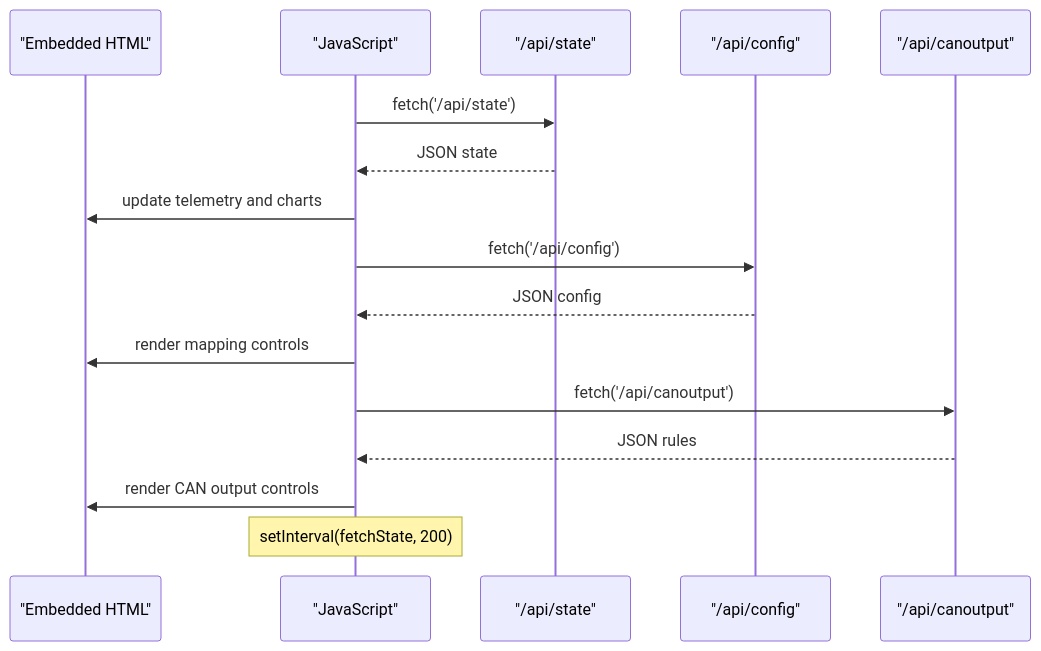
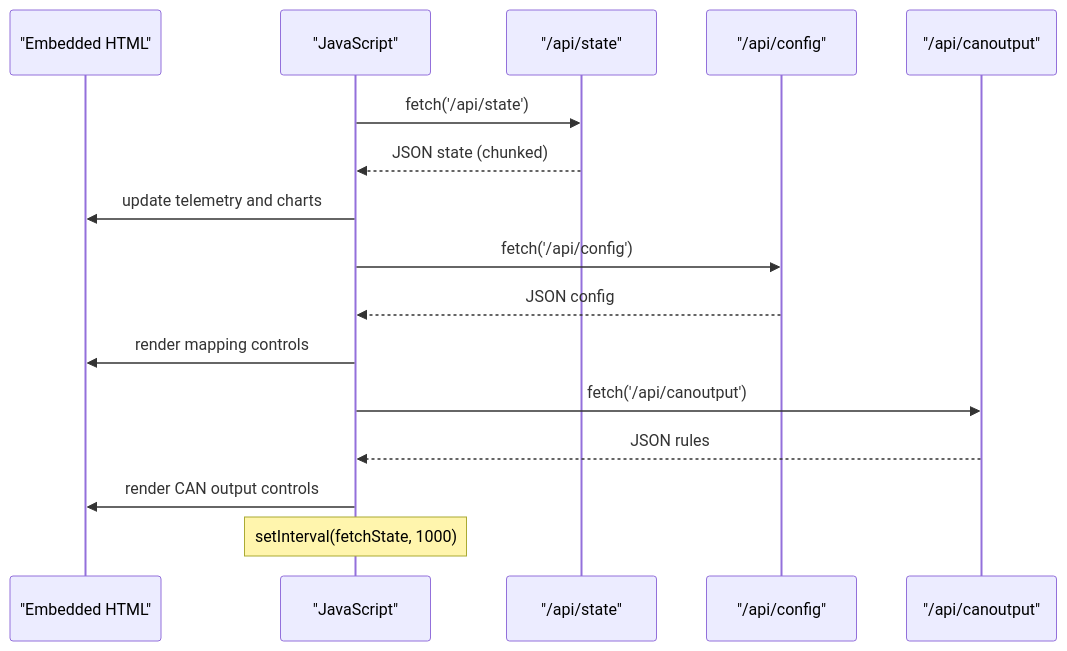
The fourth of 8 diagrams in .qoder/repowiki/en/content/Web Interface/Web Server Architecture.md (gunicsba/ESP_CAN_ECU_joystick_collection), drawn with Mermaid before and after one commit. The commit also changed other lines of this file and 15 other files, not shown here.

````diff
--- a/.qoder/repowiki/en/content/Web Interface/Web Server Architecture.md
+++ b/.qoder/repowiki/en/content/Web Interface/Web Server Architecture.md
@@ -227,18 +234,18 @@
 ```mermaid
 sequenceDiagram
 participant UI as "Embedded HTML"
 participant JS as "JavaScript"
 participant API as "/api/state"
 participant Config as "/api/config"
 participant CANOut as "/api/canoutput"
 JS->>API : fetch('/api/state')
-API-->>JS : JSON state
+API-->>JS : JSON state (chunked)
 JS->>UI : update telemetry and charts
 JS->>Config : fetch('/api/config')
 Config-->>JS : JSON config
 JS->>UI : render mapping controls
 JS->>CANOut : fetch('/api/canoutput')
 CANOut-->>JS : JSON rules
 JS->>UI : render CAN output controls
-Note over JS : setInterval(fetchState, 200)
+Note over JS : setInterval(fetchState, 1000)
 ```
````
